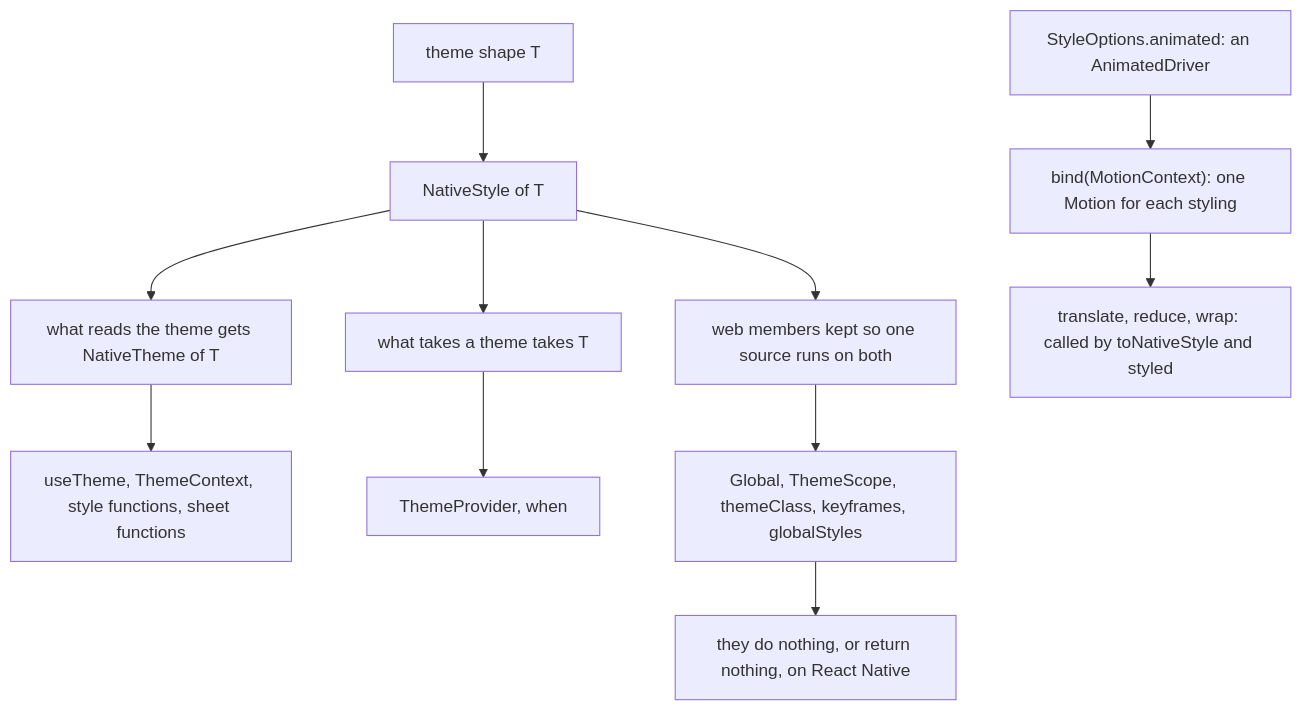
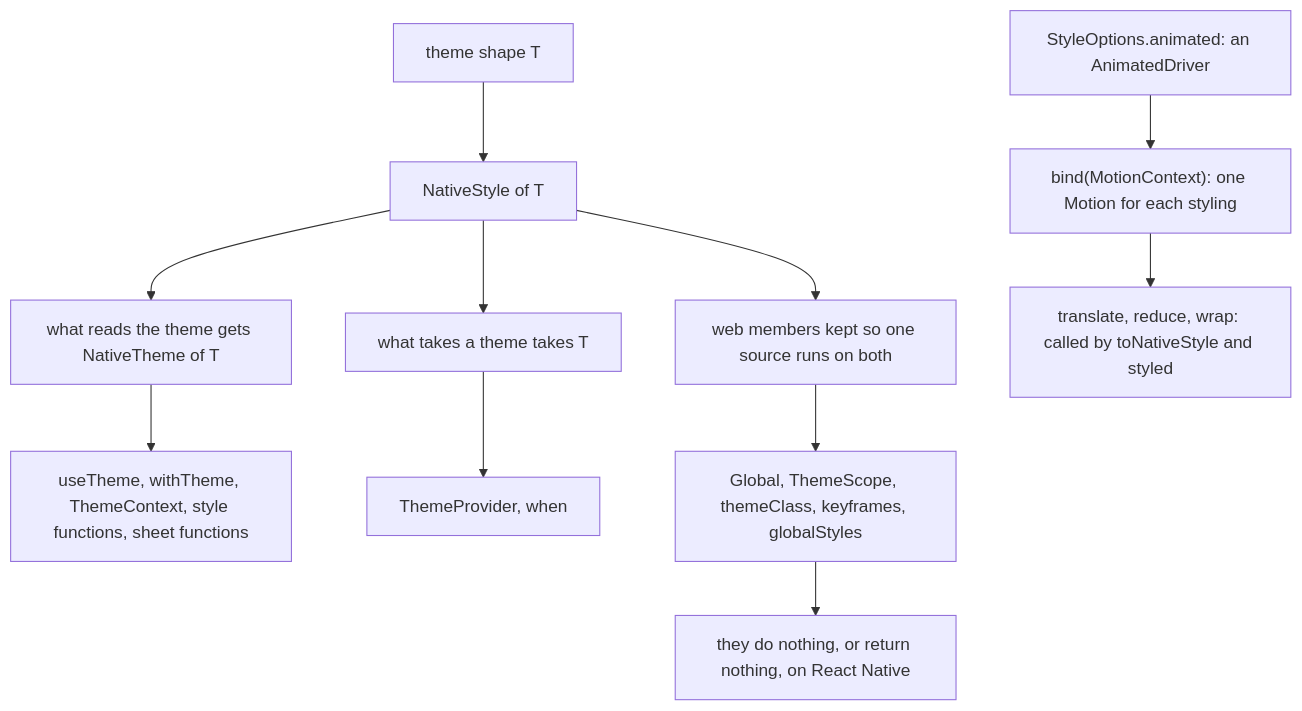
Before and after one commit to soroush-tech/umber-style: the diagram in packages/react-native/src/types.md, drawn with Mermaid. The commit also changed other lines of this file and 47 other files, not shown here.

Commit message:
feat: withTheme and withStyle give a class component the theme and a sheet's resolved entries as props, in the React and React Native bindings and the umbrella - close #93

````diff
--- a/packages/react-native/src/types.md
+++ b/packages/react-native/src/types.md
@@ -22,13 +23,13 @@
 ```mermaid
 flowchart TD
   t["theme shape T"] --> ns["NativeStyle of T"]
   ns --> rd["what reads the theme gets NativeTheme of T"]
   ns --> tk["what takes a theme takes T"]
-  rd --> r1["useTheme, ThemeContext, style functions, sheet functions"]
+  rd --> r1["useTheme, withTheme, ThemeContext, style functions, sheet functions"]
   tk --> r2["ThemeProvider, when"]
   ns --> same["web members kept so one source runs on both"]
   same --> r3["Global, ThemeScope, themeClass, keyframes, globalStyles"]
   r3 --> inert["they do nothing, or return nothing, on React Native"]
   opts["StyleOptions.animated: an AnimatedDriver"] --> bindNode["bind(MotionContext): one Motion for each styling"]
   bindNode --> motionMembers["translate, reduce, wrap: called by toNativeStyle and styled"]
 ```
````
